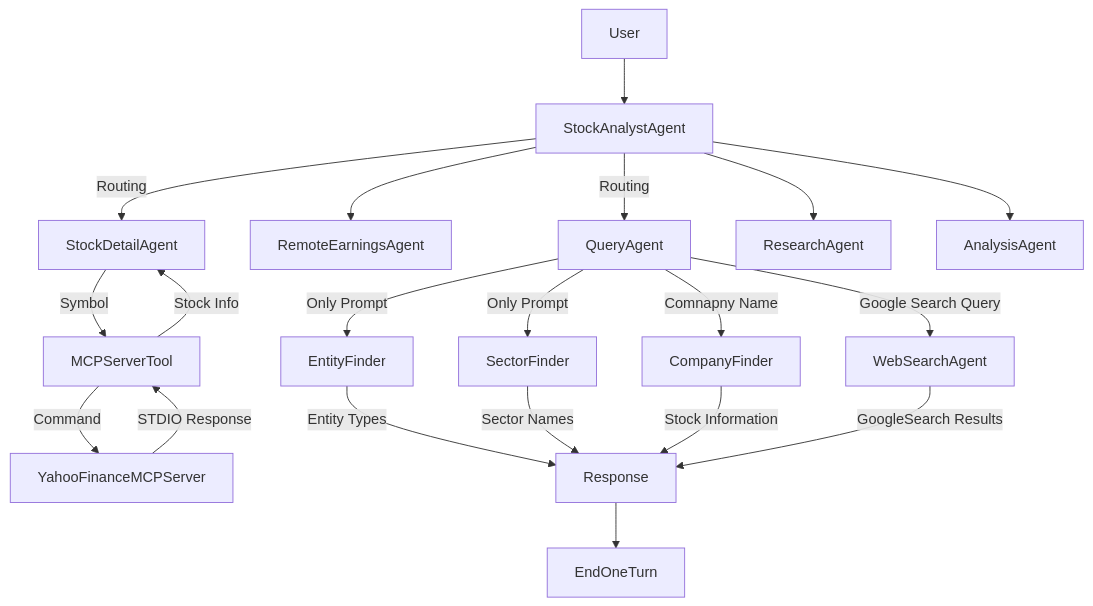
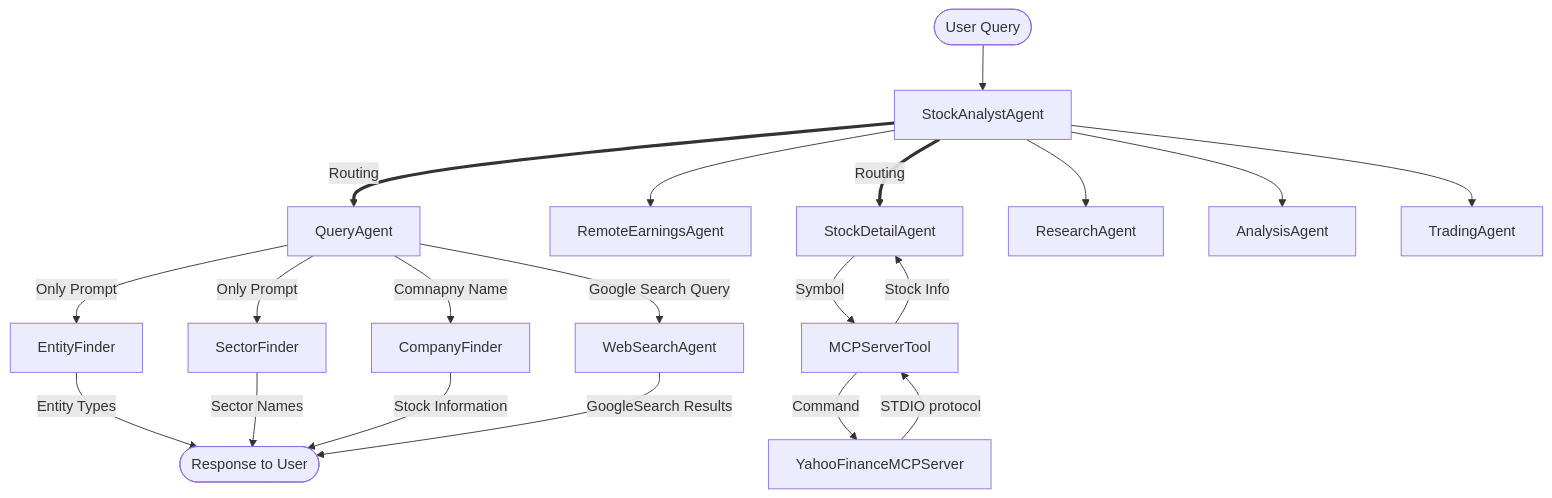
The first of 4 diagrams in README.md (schakrab02/aiagent-st-fsi), drawn with Mermaid before and after one commit. The commit also changed other lines of this file and 6 other files, not shown here.

````diff
--- a/README.md
+++ b/README.md
@@ -33,22 +47,22 @@
 ```mermaid
 flowchart TD
-    User --> StockAnalystAgent
-    StockAnalystAgent --> |Routing| QueryAgent
+    User([User Query]) --> StockAnalystAgent
+    StockAnalystAgent ==> |Routing| QueryAgent
     StockAnalystAgent --> RemoteEarningsAgent
-    StockAnalystAgent --> |Routing| StockDetailAgent
+    StockAnalystAgent ==> |Routing| StockDetailAgent
     StockAnalystAgent --> ResearchAgent
     StockAnalystAgent --> AnalysisAgent
+    StockAnalystAgent --> TradingAgent
     StockDetailAgent --> |Symbol| MCPServerTool
     MCPServerTool --> |Stock Info| StockDetailAgent
     MCPServerTool --> |Command| YahooFinanceMCPServer
-    YahooFinanceMCPServer --> |STDIO Response| MCPServerTool
+    YahooFinanceMCPServer --> |STDIO protocol| MCPServerTool
     QueryAgent --> |Only Prompt| EntityFinder
     QueryAgent --> |Only Prompt| SectorFinder
     QueryAgent --> |Comnapny Name| CompanyFinder
     QueryAgent --> |Google Search Query| WebSearchAgent
-    EntityFinder --> |Entity Types| Response
-    SectorFinder --> |Sector Names| Response
-    CompanyFinder --> |Stock Information| Response
-    WebSearchAgent --> |GoogleSearch Results| Response
-    Response --> EndOneTurn
+    EntityFinder --> |Entity Types| Response([Response to User])
+    SectorFinder --> |Sector Names| Response([Response to User])
+    CompanyFinder --> |Stock Information| Response([Response to User])
+    WebSearchAgent --> |GoogleSearch Results| Response([Response to User])
 ```
````
